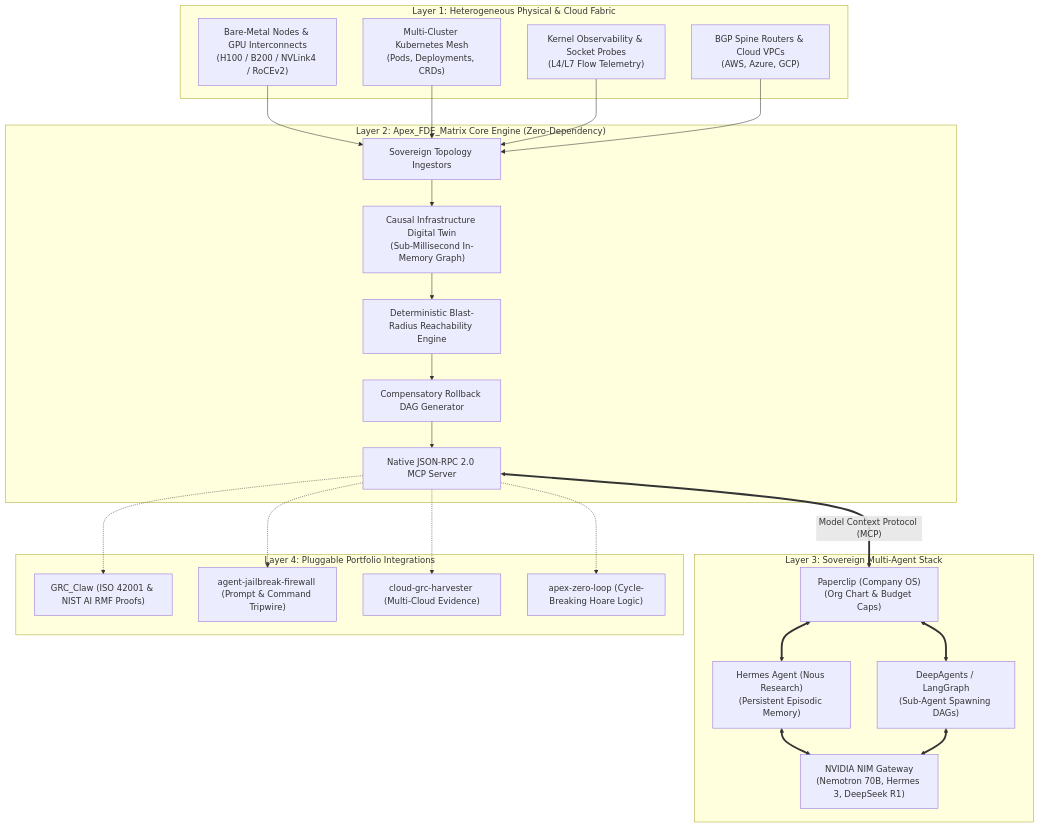
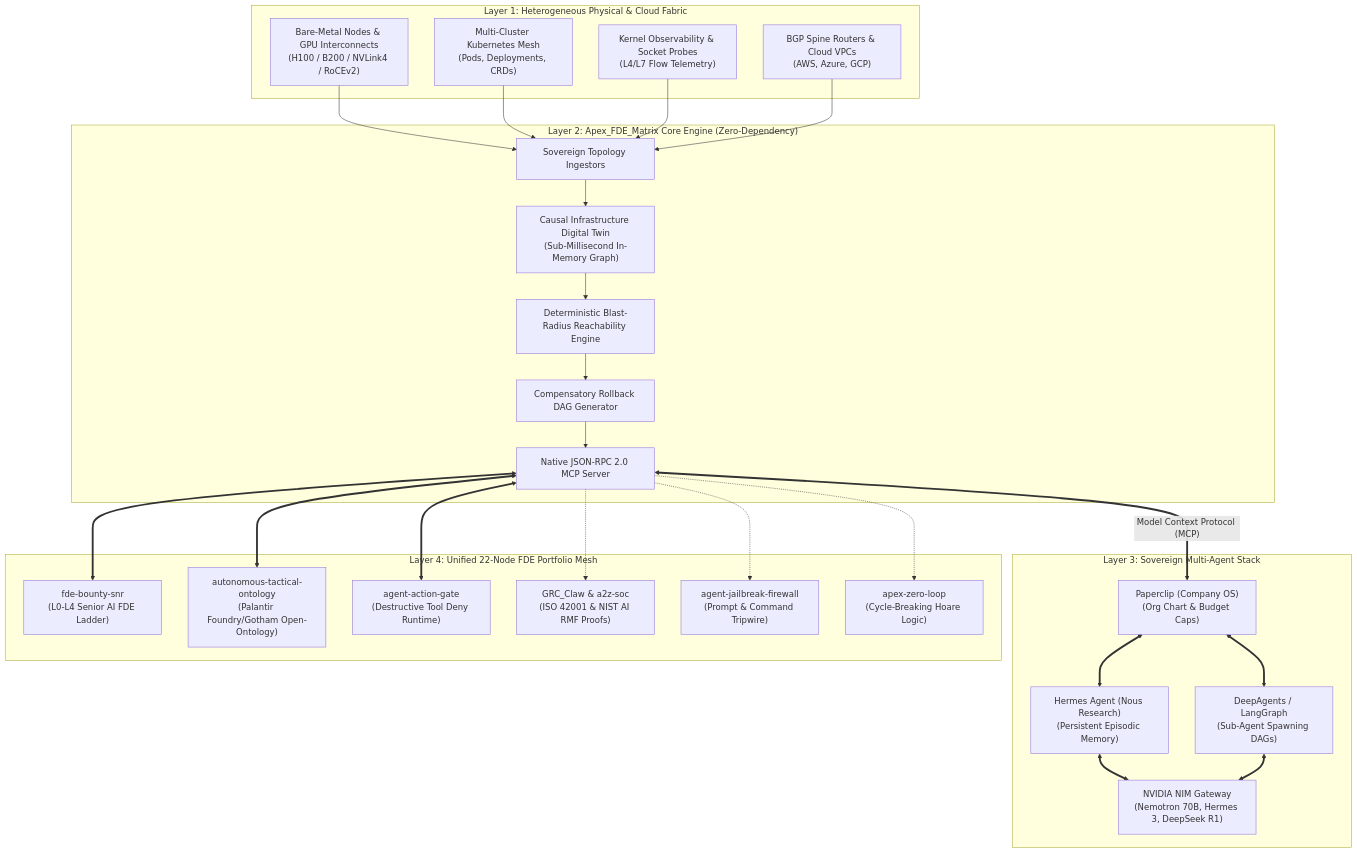
One commit to AAH20/Apex_FDE_Matrix changed the first of 2 diagrams in README.md. Above: the diagram before and after it, drawn with Mermaid. The commit also changed other lines of this file and 9 other files, not shown here.

Commit message:
feat: integrate 22-repo sovereign FDE portfolio mesh, Palantir open-ontology exporter, action gate, and sequence diagrams

````diff
--- a/README.md
+++ b/README.md
@@ -41,52 +42,56 @@
 ```mermaid
 flowchart TD
     subgraph Enterprise_Fabric ["Layer 1: Heterogeneous Physical & Cloud Fabric"]
         BM["Bare-Metal Nodes & GPU Interconnects<br/>(H100 / B200 / NVLink4 / RoCEv2)"]
         K8S["Multi-Cluster Kubernetes Mesh<br/>(Pods, Deployments, CRDs)"]
         EBPF["Kernel Observability & Socket Probes<br/>(L4/L7 Flow Telemetry)"]
         NET["BGP Spine Routers & Cloud VPCs<br/>(AWS, Azure, GCP)"]
     end
 
     subgraph Matrix_Core ["Layer 2: Apex_FDE_Matrix Core Engine (Zero-Dependency)"]
         INGEST["Sovereign Topology Ingestors"]
         GRAPH["Causal Infrastructure Digital Twin<br/>(Sub-Millisecond In-Memory Graph)"]
         BLAST["Deterministic Blast-Radius Reachability Engine"]
         DAG["Compensatory Rollback DAG Generator"]
         MCP_SRV["Native JSON-RPC 2.0 MCP Server"]
     end
 
     subgraph Autonomous_Swarm ["Layer 3: Sovereign Multi-Agent Stack"]
         PC["Paperclip (Company OS)<br/>(Org Chart & Budget Caps)"]
         HERMES["Hermes Agent (Nous Research)<br/>(Persistent Episodic Memory)"]
         DEEP["DeepAgents / LangGraph<br/>(Sub-Agent Spawning DAGs)"]
         NIM["NVIDIA NIM Gateway<br/>(Nemotron 70B, Hermes 3, DeepSeek R1)"]
     end
 
-    subgraph Modular_Addons ["Layer 4: Pluggable Portfolio Integrations"]
-        GRC["GRC_Claw (ISO 42001 & NIST AI RMF Proofs)"]
-        FW["agent-jailbreak-firewall (Prompt & Command Tripwire)"]
-        HARV["cloud-grc-harvester (Multi-Cloud Evidence)"]
-        ZL["apex-zero-loop (Cycle-Breaking Hoare Logic)"]
+    subgraph Sovereign_FDE_Mesh ["Layer 4: Unified 22-Node FDE Portfolio Mesh"]
+        FDE_BNT["fde-bounty-snr<br/>(L0-L4 Senior AI FDE Ladder)"]
+        TACT_ONT["autonomous-tactical-ontology<br/>(Palantir Foundry/Gotham Open-Ontology)"]
+        ACT_GATE["agent-action-gate<br/>(Destructive Tool Deny Runtime)"]
+        GRC["GRC_Claw & a2z-soc<br/>(ISO 42001 & NIST AI RMF Proofs)"]
+        FW["agent-jailbreak-firewall<br/>(Prompt & Command Tripwire)"]
+        ZL["apex-zero-loop<br/>(Cycle-Breaking Hoare Logic)"]
     end
 
     BM --> INGEST
     K8S --> INGEST
     EBPF --> INGEST
     NET --> INGEST
 
     INGEST --> GRAPH
     GRAPH --> BLAST
     BLAST --> DAG
     DAG --> MCP_SRV
 
     MCP_SRV <== "Model Context Protocol (MCP)" ==> PC
     PC <==> HERMES
     PC <==> DEEP
     HERMES <==> NIM
     DEEP <==> NIM
 
+    MCP_SRV <==> FDE_BNT
+    MCP_SRV <==> TACT_ONT
+    MCP_SRV <==> ACT_GATE
     MCP_SRV -.-> GRC
     MCP_SRV -.-> FW
-    MCP_SRV -.-> HARV
     MCP_SRV -.-> ZL
 ```
````
